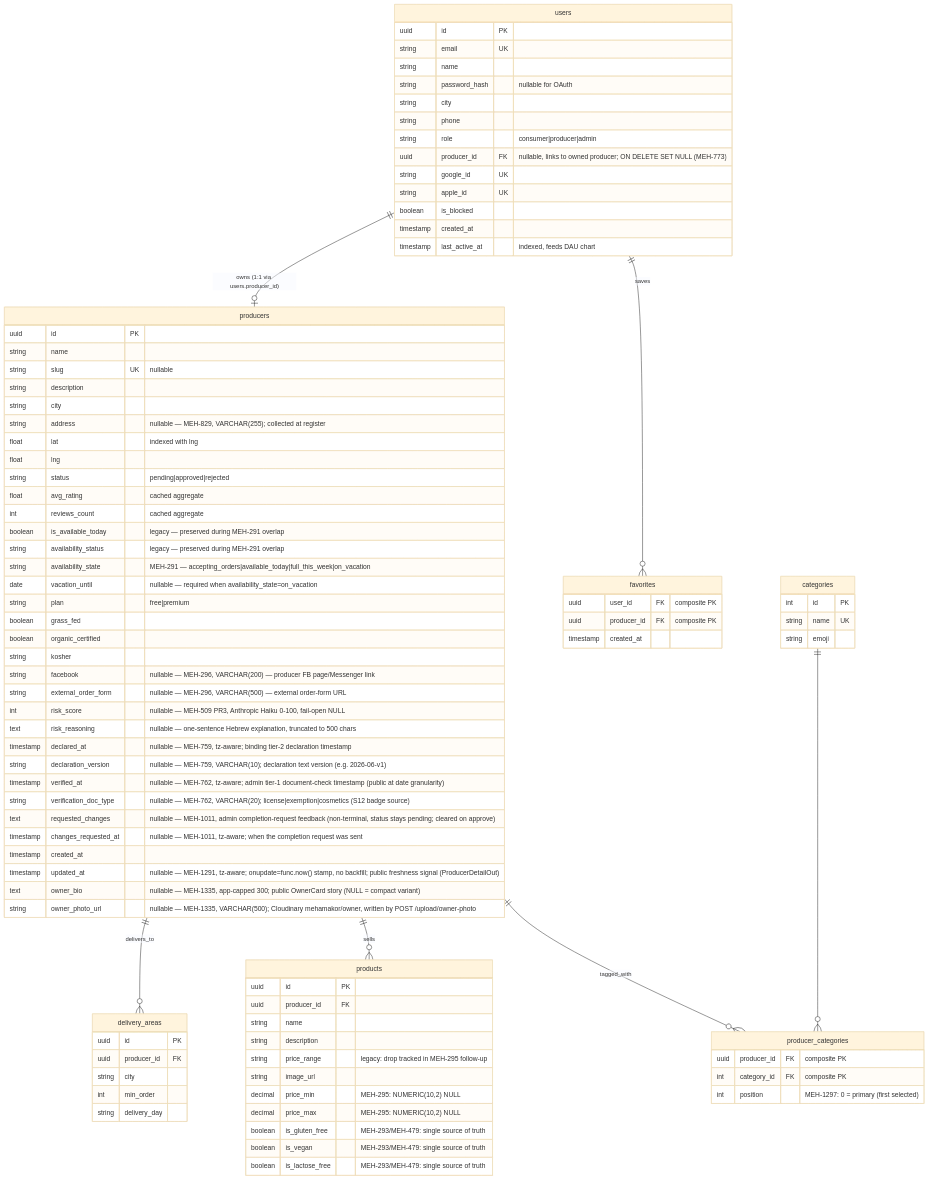
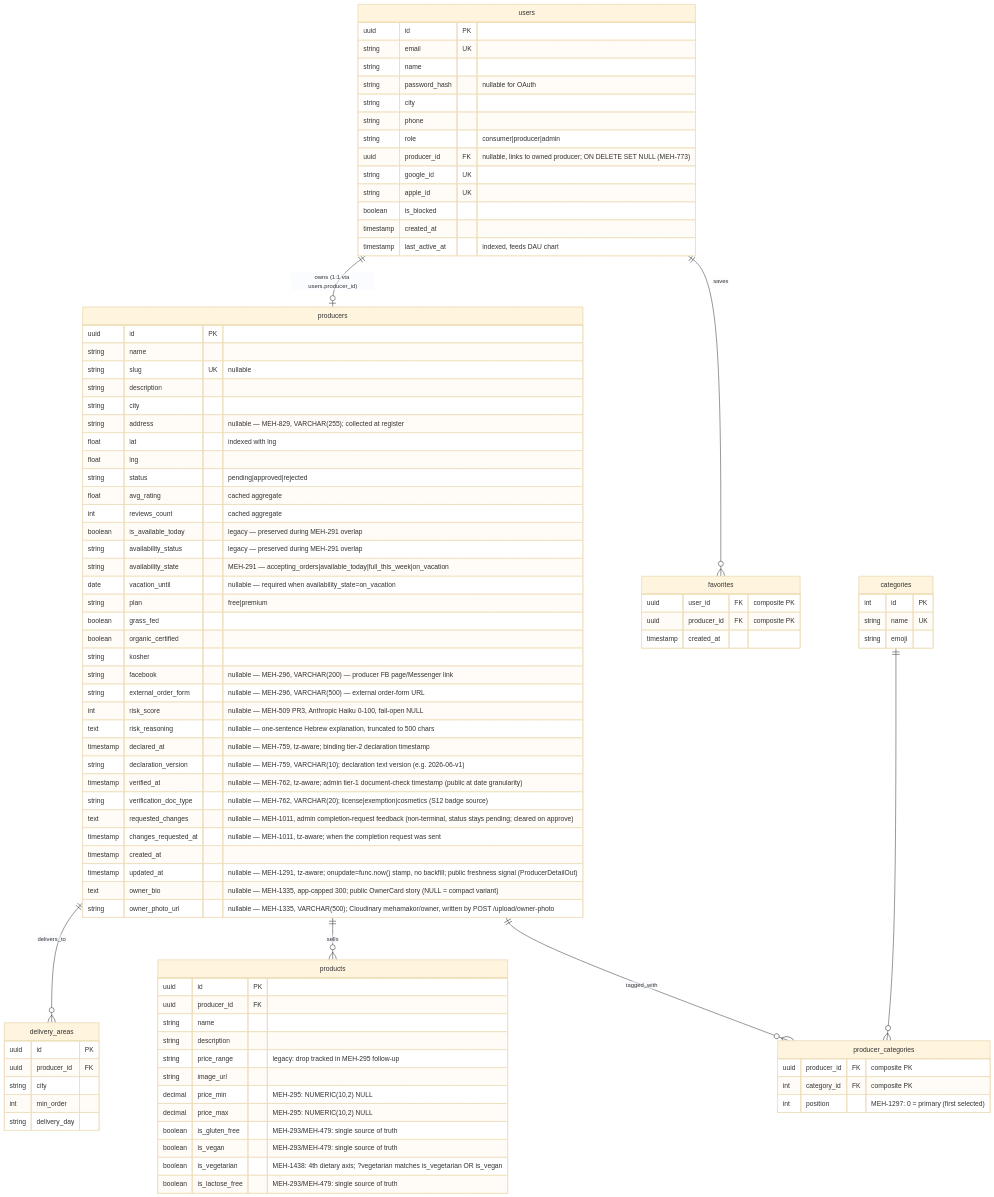
Before and after one commit to levismadar80-ship-it/FoodMamkor: the first of 4 diagrams in .ai/diagrams/db-schema.md, drawn with Mermaid (base theme). The commit also changed 2 other files, not shown here.

Commit message:
docs: record is_vegetarian in schema references (MEH-1449)
MEH-1438 shipped the 4th per-product dietary flag (is_vegetarian) but the
schema documentation was never updated. Add the column to both schema
references so docs match the applied migration c5d9f3a1b2e8:

- docs/DATA.md: is_vegetarian row on the products table, mirroring
  is_vegan (Boolean NOT NULL DEFAULT FALSE), plus the ?vegetarian filter
  semantics (matches is_vegetarian OR is_vegan) and the idx_products_dietary
  predicate-extension note.
- .ai/diagrams/db-schema.md: boolean is_vegetarian on the products entity
  (workflow rule 12 — keep the db-schema diagram in sync).

Docs only — no code, no schema change.

Closes MEH-1449

Claude-Session: https://claude.ai/code/session_01NTqkb4kCUqFEc2WFErfovC

```diff
--- a/.ai/diagrams/db-schema.md
+++ b/.ai/diagrams/db-schema.md
@@ -90,6 +90,7 @@
         decimal price_max "MEH-295: NUMERIC(10,2) NULL"
         boolean is_gluten_free "MEH-293/MEH-479: single source of truth"
         boolean is_vegan "MEH-293/MEH-479: single source of truth"
+        boolean is_vegetarian "MEH-1438: 4th dietary axis; ?vegetarian matches is_vegetarian OR is_vegan"
         boolean is_lactose_free "MEH-293/MEH-479: single source of truth"
     }
 
```
